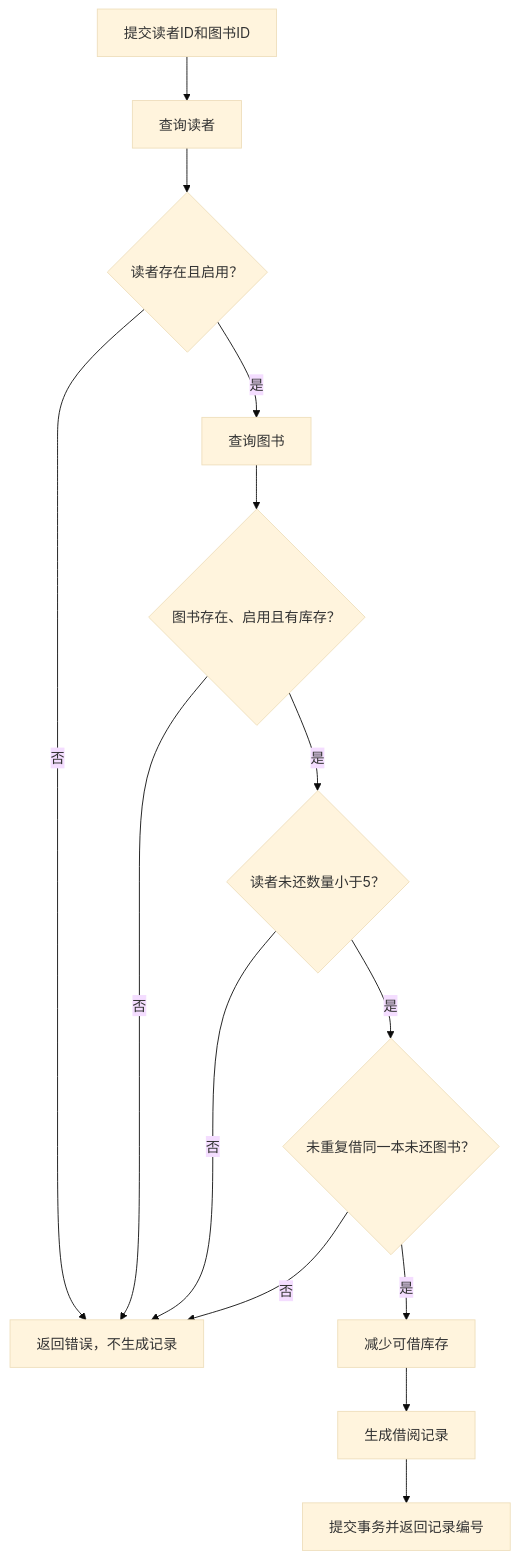
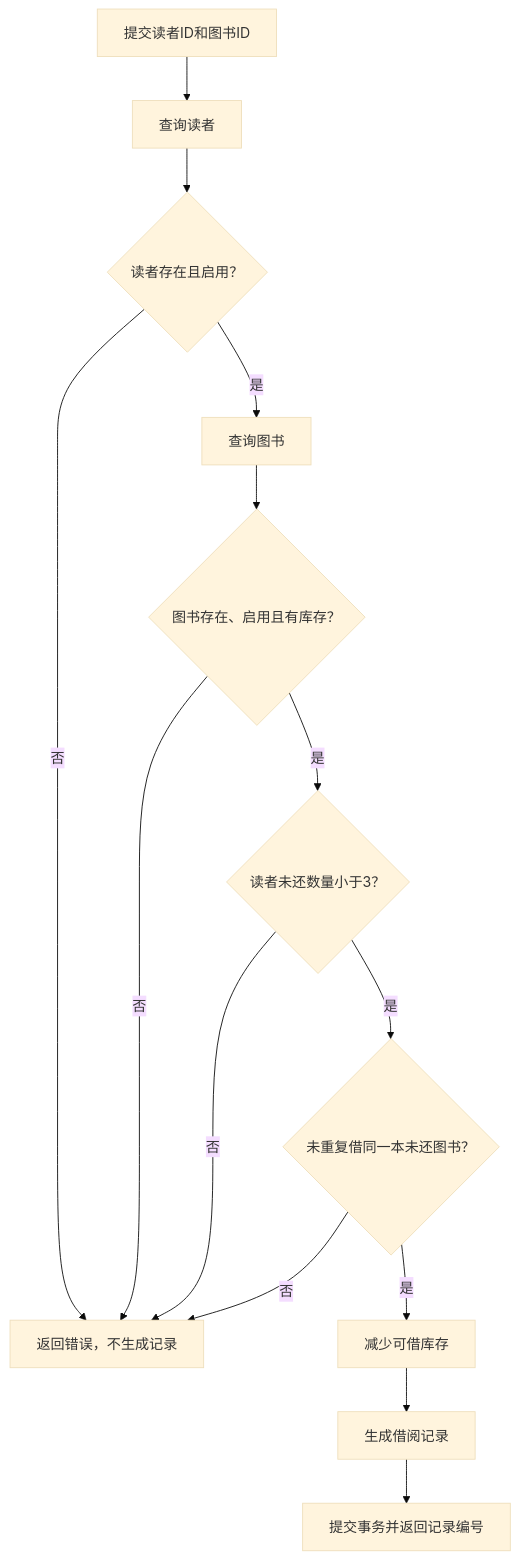
The third of 4 diagrams in docs/design.md (yangkangling/Project-LibrarySystem), drawn with Mermaid (base theme) before and after one commit. The commit also changed other lines of this file and 46 other files, not shown here.

````diff
--- a/docs/design.md
+++ b/docs/design.md
@@ -87,16 +102,16 @@
 ```mermaid
 flowchart TD
   A["提交读者ID和图书ID"] --> B["查询读者"]
   B --> C{"读者存在且启用？"}
   C -- 否 --> X["返回错误，不生成记录"]
   C -- 是 --> D["查询图书"]
   D --> E{"图书存在、启用且有库存？"}
   E -- 否 --> X
-  E -- 是 --> F{"读者未还数量小于5？"}
+  E -- 是 --> F{"读者未还数量小于3？"}
   F -- 否 --> X
   F -- 是 --> G{"未重复借同一本未还图书？"}
   G -- 否 --> X
   G -- 是 --> H["减少可借库存"]
   H --> I["生成借阅记录"]
   I --> J["提交事务并返回记录编号"]
 ```
````
